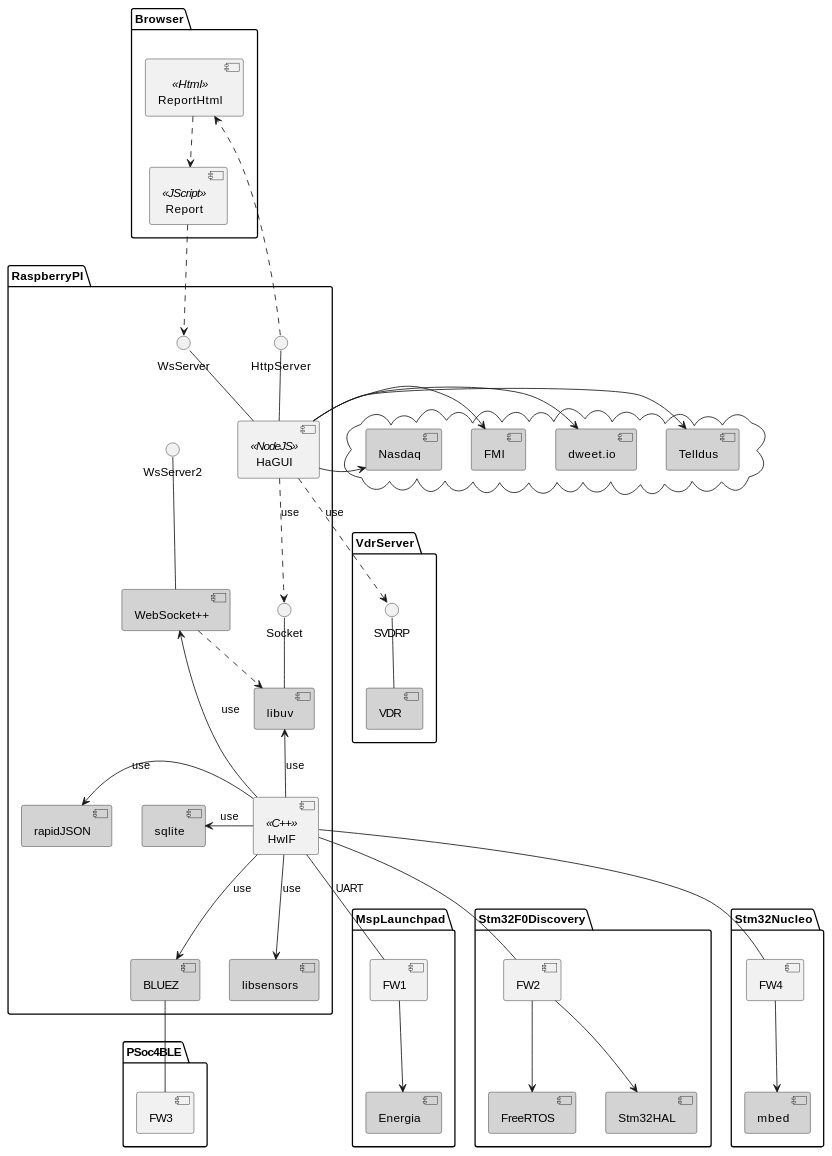
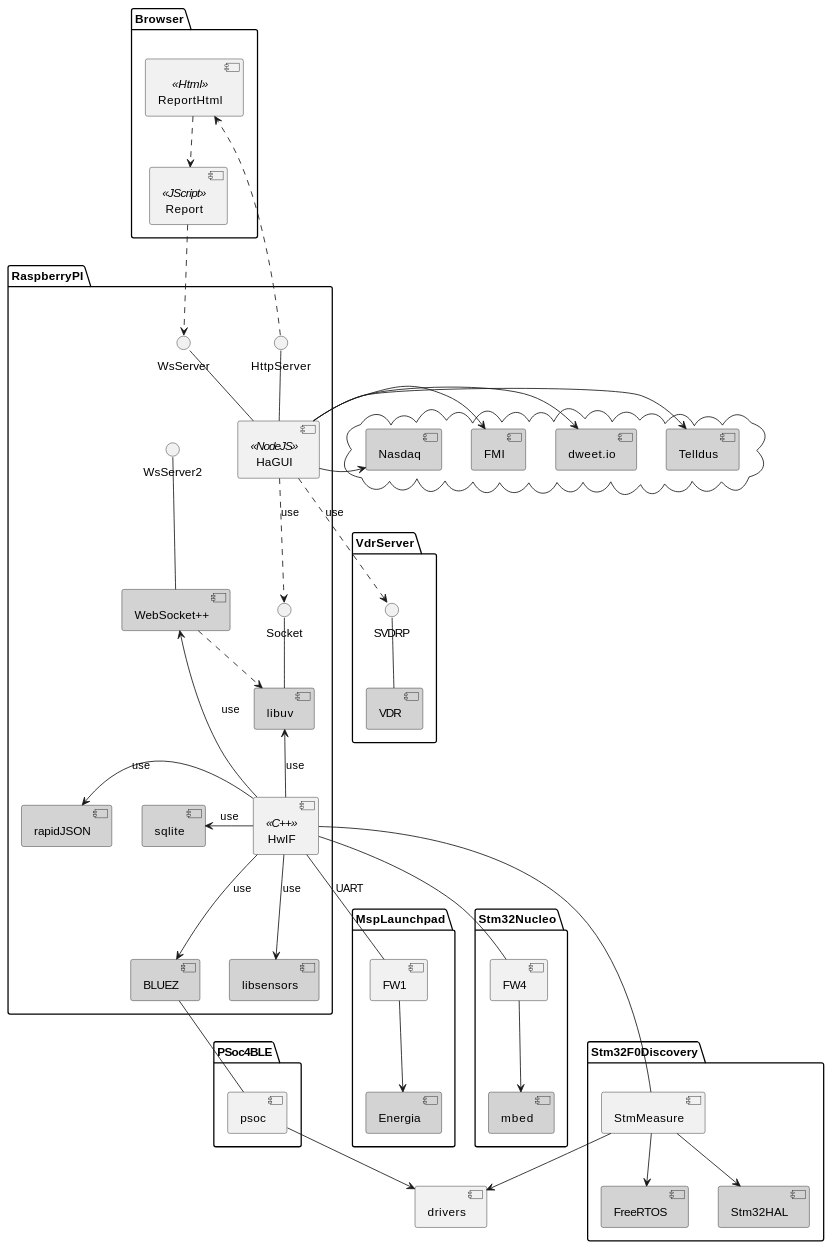
The first of 2 diagrams in github.org (ojari/ojari.github.io), drawn with PlantUML before and after one commit. The commit also changed other lines of this file and 1 other file, not shown here.

```diff
--- a/github.org
+++ b/github.org
@@ -67,16 +67,23 @@
    [FW1] -down-> [Energia]
 }
 
+[drivers]
+
 package Stm32F0Discovery {
    component [FreeRTOS] #LightGrey
    component [Stm32HAL] #LightGrey
-   [FW2]
-   [FW2] -down-> [FreeRTOS]
-   [FW2] -down-> [Stm32HAL]   
+   [StmMeasure]
+   [StmMeasure] -down-> [FreeRTOS]
+   [StmMeasure] -down-> [Stm32HAL]
+   [StmMeasure] -down-> [drivers]
+   [drivers]
 }
 
 package PSoc4BLE {
-   [FW3]
+   [psoc]
+   [drivers]
+
+   [psoc] -down-> [drivers]
 }
 
 package Stm32Nucleo {
@@ -99,8 +106,8 @@
 [HaGUI] -> [FMI]
 [HaGUI] -> [Nasdaq]
 [HwIF] -- [FW1] : UART
-[HwIF] -- [FW2]
-[BLUEZ] -- [FW3]
+[HwIF] -- [StmMeasure]
+[BLUEZ] -- [psoc]
 [HwIF] -- [FW4]
 
 #+end_src
```
